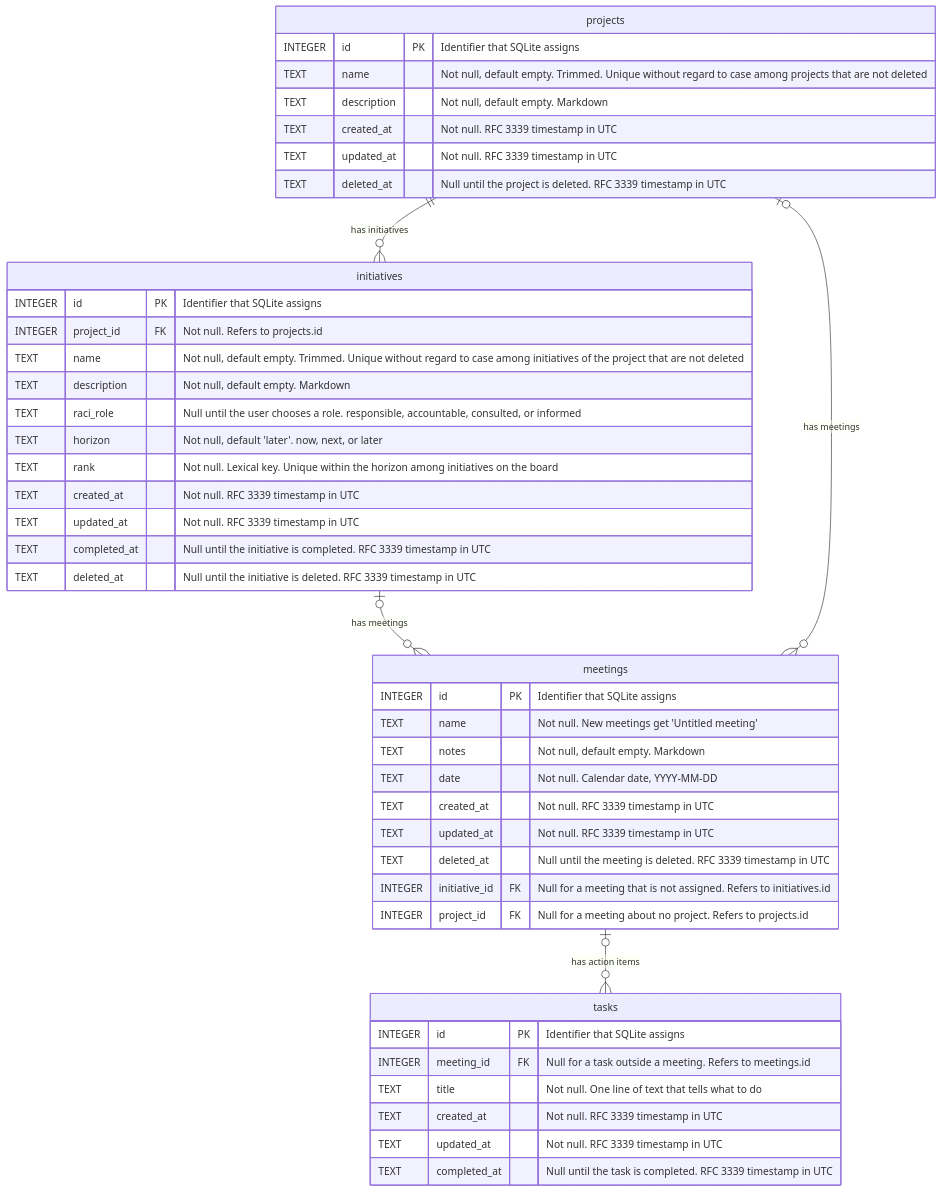
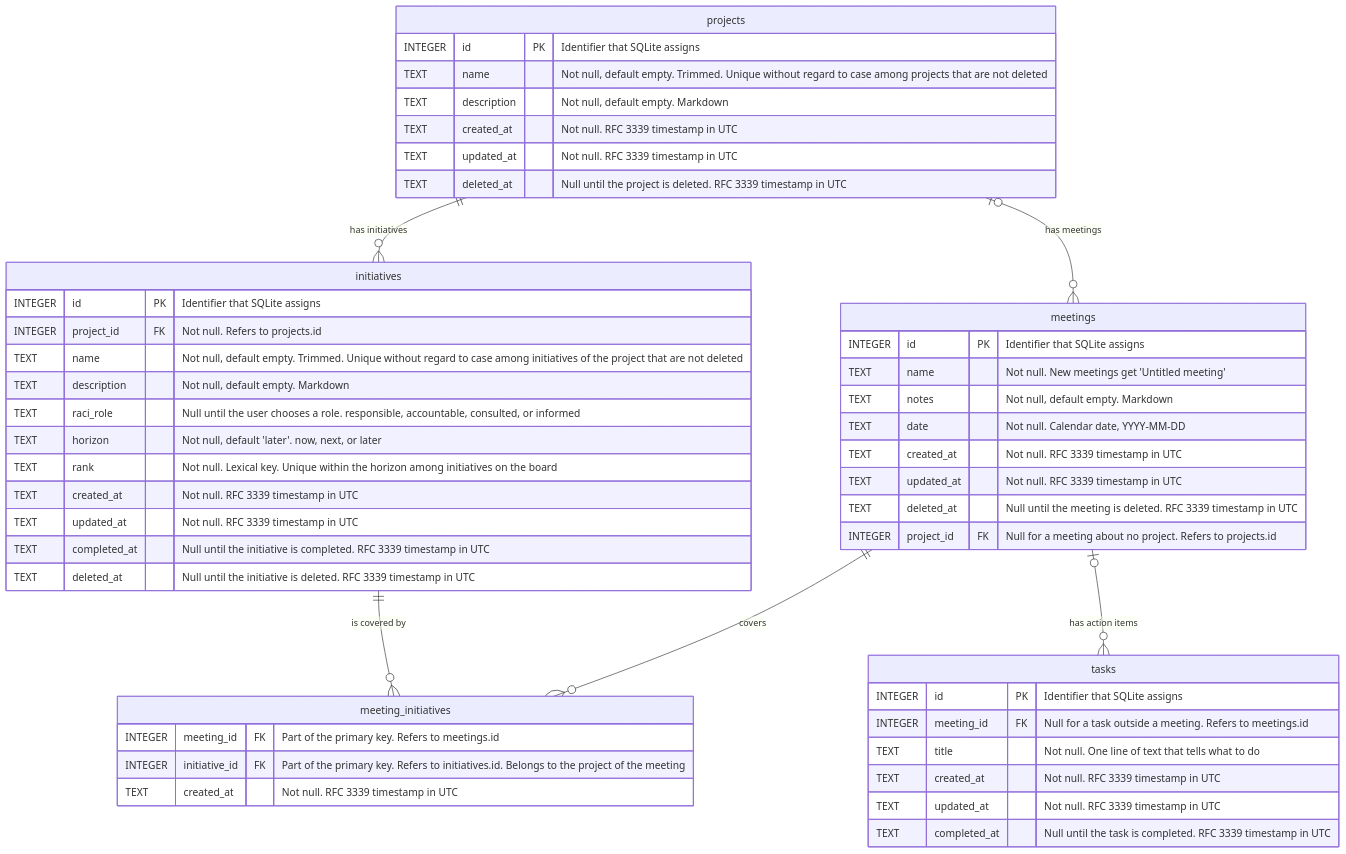
One commit to marclove/gps changed the diagram in docs/data-model.md. Above: the diagram before and after it, drawn with Mermaid. The commit also changed other lines of this file and 16 other files, not shown here.

First line of the commit message:
Store the initiatives of a meeting in meeting_initiatives

````diff
--- a/docs/data-model.md
+++ b/docs/data-model.md
@@ -5,47 +5,52 @@
 ```mermaid
 erDiagram
     meetings {
         INTEGER id PK "Identifier that SQLite assigns"
         TEXT name "Not null. New meetings get 'Untitled meeting'"
         TEXT notes "Not null, default empty. Markdown"
         TEXT date "Not null. Calendar date, YYYY-MM-DD"
         TEXT created_at "Not null. RFC 3339 timestamp in UTC"
         TEXT updated_at "Not null. RFC 3339 timestamp in UTC"
         TEXT deleted_at "Null until the meeting is deleted. RFC 3339 timestamp in UTC"
-        INTEGER initiative_id FK "Null for a meeting that is not assigned. Refers to initiatives.id"
         INTEGER project_id FK "Null for a meeting about no project. Refers to projects.id"
+    }
+    meeting_initiatives {
+        INTEGER meeting_id FK "Part of the primary key. Refers to meetings.id"
+        INTEGER initiative_id FK "Part of the primary key. Refers to initiatives.id. Belongs to the project of the meeting"
+        TEXT created_at "Not null. RFC 3339 timestamp in UTC"
     }
     tasks {
         INTEGER id PK "Identifier that SQLite assigns"
         INTEGER meeting_id FK "Null for a task outside a meeting. Refers to meetings.id"
         TEXT title "Not null. One line of text that tells what to do"
         TEXT created_at "Not null. RFC 3339 timestamp in UTC"
         TEXT updated_at "Not null. RFC 3339 timestamp in UTC"
         TEXT completed_at "Null until the task is completed. RFC 3339 timestamp in UTC"
     }
     initiatives {
         INTEGER id PK "Identifier that SQLite assigns"
         INTEGER project_id FK "Not null. Refers to projects.id"
         TEXT name "Not null, default empty. Trimmed. Unique without regard to case among initiatives of the project that are not deleted"
         TEXT description "Not null, default empty. Markdown"
         TEXT raci_role "Null until the user chooses a role. responsible, accountable, consulted, or informed"
         TEXT horizon "Not null, default 'later'. now, next, or later"
         TEXT rank "Not null. Lexical key. Unique within the horizon among initiatives on the board"
         TEXT created_at "Not null. RFC 3339 timestamp in UTC"
         TEXT updated_at "Not null. RFC 3339 timestamp in UTC"
         TEXT completed_at "Null until the initiative is completed. RFC 3339 timestamp in UTC"
         TEXT deleted_at "Null until the initiative is deleted. RFC 3339 timestamp in UTC"
     }
     projects {
         INTEGER id PK "Identifier that SQLite assigns"
         TEXT name "Not null, default empty. Trimmed. Unique without regard to case among projects that are not deleted"
         TEXT description "Not null, default empty. Markdown"
         TEXT created_at "Not null. RFC 3339 timestamp in UTC"
         TEXT updated_at "Not null. RFC 3339 timestamp in UTC"
         TEXT deleted_at "Null until the project is deleted. RFC 3339 timestamp in UTC"
     }
     meetings |o--o{ tasks : "has action items"
-    initiatives |o--o{ meetings : "has meetings"
+    meetings ||--o{ meeting_initiatives : "covers"
+    initiatives ||--o{ meeting_initiatives : "is covered by"
     projects ||--o{ initiatives : "has initiatives"
     projects |o--o{ meetings : "has meetings"
 ```
````
